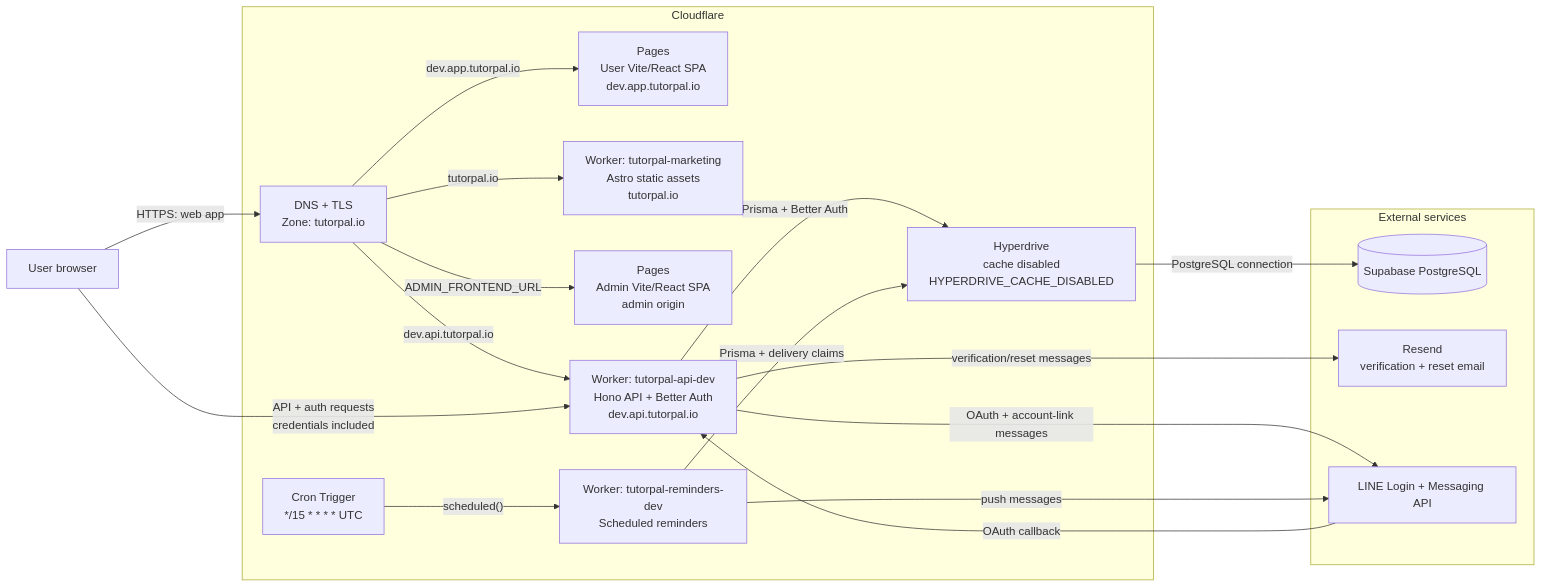
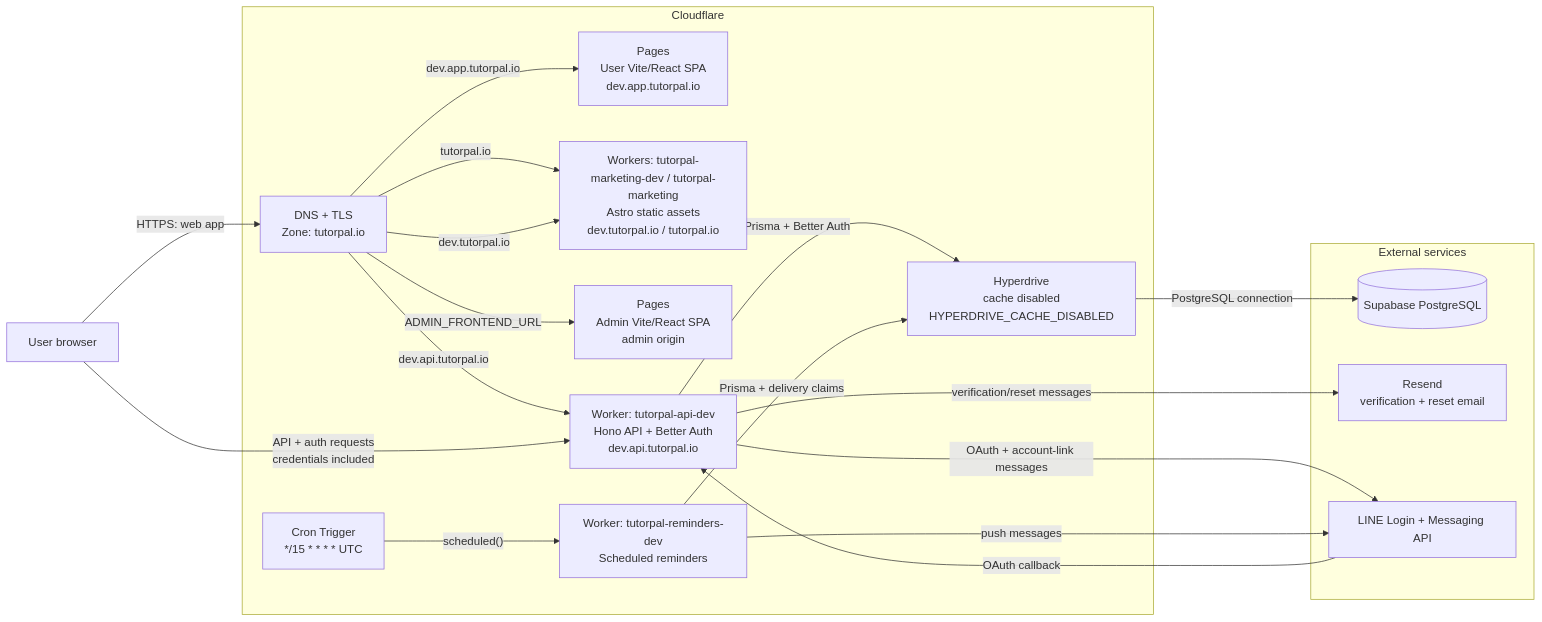
One commit to psatid/tutorpal changed the diagram in docs/infrastructure.md. Above: the diagram before and after it, drawn with Mermaid. The commit also changed other lines of this file and 42 other files, not shown here.

```diff
--- a/docs/infrastructure.md
+++ b/docs/infrastructure.md
@@ -26,36 +28,37 @@
 ~~~mermaid
 flowchart LR
     browser["User browser"]
 
     subgraph cf["Cloudflare"]
         dns["DNS + TLS<br/>Zone: tutorpal.io"]
         pages["Pages<br/>User Vite/React SPA<br/>dev.app.tutorpal.io"]
-        marketingWorker["Worker: tutorpal-marketing<br/>Astro static assets<br/>tutorpal.io"]
+        marketingWorker["Workers: tutorpal-marketing-dev / tutorpal-marketing<br/>Astro static assets<br/>dev.tutorpal.io / tutorpal.io"]
         adminPages["Pages<br/>Admin Vite/React SPA<br/>admin origin"]
         apiWorker["Worker: tutorpal-api-dev<br/>Hono API + Better Auth<br/>dev.api.tutorpal.io"]
         reminderWorker["Worker: tutorpal-reminders-dev<br/>Scheduled reminders"]
         cron["Cron Trigger<br/>*/15 * * * * UTC"]
         hyperdrive["Hyperdrive<br/>cache disabled<br/>HYPERDRIVE_CACHE_DISABLED"]
     end
 
     subgraph external["External services"]
         postgres[("Supabase PostgreSQL")]
         resend["Resend<br/>verification + reset email"]
         line["LINE Login + Messaging API"]
     end
 
     browser -->|"HTTPS: web app"| dns
     dns -->|"tutorpal.io"| marketingWorker
+    dns -->|"dev.tutorpal.io"| marketingWorker
     dns -->|"dev.app.tutorpal.io"| pages
     dns -->|"ADMIN_FRONTEND_URL"| adminPages
     dns -->|"dev.api.tutorpal.io"| apiWorker
     browser -->|"API + auth requests<br/>credentials included"| apiWorker
     cron -->|"scheduled()"| reminderWorker
     apiWorker -->|"Prisma + Better Auth"| hyperdrive
     reminderWorker -->|"Prisma + delivery claims"| hyperdrive
     hyperdrive -->|"PostgreSQL connection"| postgres
     apiWorker -->|"verification/reset messages"| resend
     apiWorker -->|"OAuth + account-link messages"| line
     reminderWorker -->|"push messages"| line
     line -->|"OAuth callback"| apiWorker
 ~~~
```
